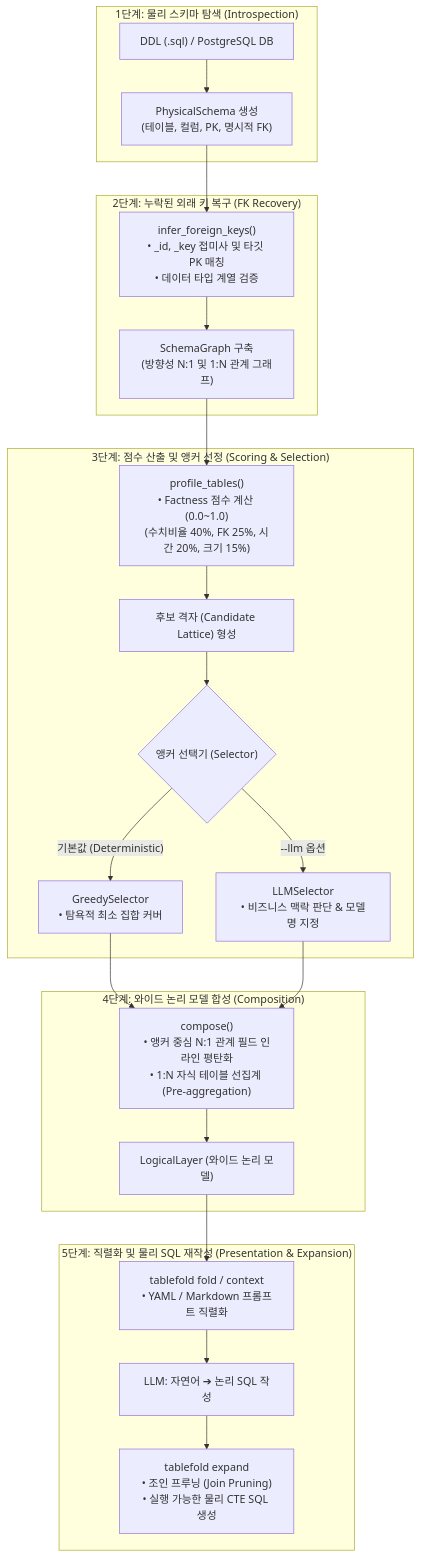
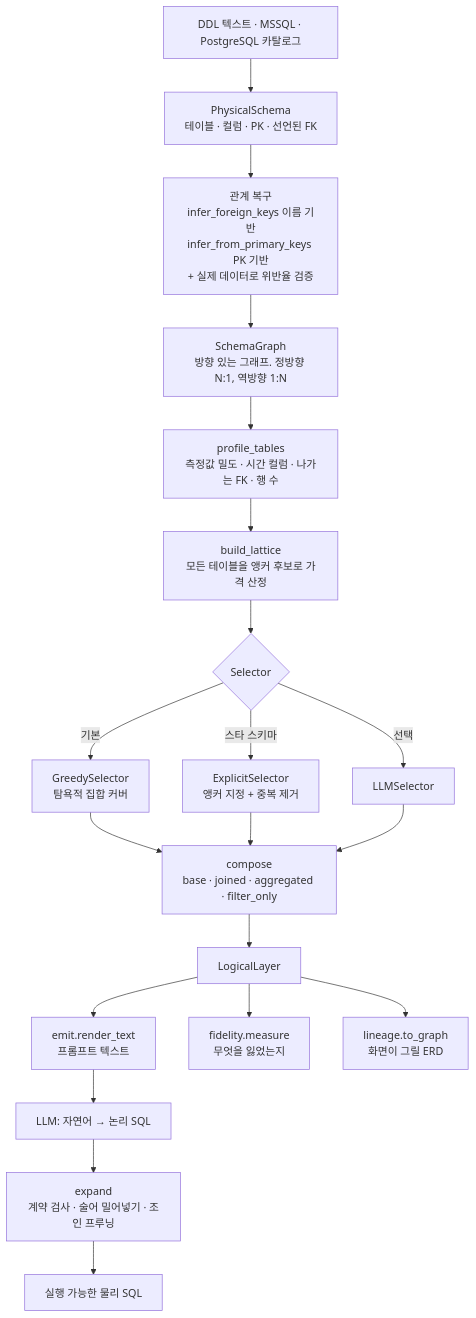
The diagram in docs/pipeline_architecture.md (Jacob-9909/tablefold), drawn with Mermaid before and after one commit. The commit also changed other lines of this file and 2 other files, not shown here.

First line of the commit message:
docs: rewrite the architecture guide from measured behaviour

````diff
--- a/docs/pipeline_architecture.md
+++ b/docs/pipeline_architecture.md
@@ -77,31 +65,22 @@
 ```mermaid
 flowchart TD
-    subgraph S1["1단계: 물리 스키마 탐색 (Introspection)"]
-        Input["DDL (.sql) / PostgreSQL DB"] --> PhysicalSchema["PhysicalSchema 생성<br/>(테이블, 컬럼, PK, 명시적 FK)"]
-    end
-
-    subgraph S2["2단계: 누락된 외래 키 복구 (FK Recovery)"]
-        PhysicalSchema --> InferFK["infer_foreign_keys()<br/>• _id, _key 접미사 및 타깃 PK 매칭<br/>• 데이터 타입 계열 검증"]
-        InferFK --> SchemaGraph["SchemaGraph 구축<br/>(방향성 N:1 및 1:N 관계 그래프)"]
-    end
-
-    subgraph S3["3단계: 점수 산출 및 앵커 선정 (Scoring & Selection)"]
-        SchemaGraph --> Profile["profile_tables()<br/>• Factness 점수 계산 (0.0~1.0)<br/>(수치비율 40%, FK 25%, 시간 20%, 크기 15%)"]
-        Profile --> Lattice["후보 격자 (Candidate Lattice) 형성"]
-        Lattice --> AnchorSelect{"앵커 선택기 (Selector)"}
-        AnchorSelect -->|"기본값 (Deterministic)"| Greedy["GreedySelector<br/>• 탐욕적 최소 집합 커버"]
-        AnchorSelect -->|"--llm 옵션"| LLMSelect["LLMSelector<br/>• 비즈니스 맥락 판단 & 모델명 지정"]
-    end
-
-    subgraph S4["4단계: 와이드 논리 모델 합성 (Composition)"]
-        Greedy --> Compose["compose()<br/>• 앵커 중심 N:1 관계 필드 인라인 평탄화<br/>• 1:N 자식 테이블 선집계 (Pre-aggregation)"]
-        LLMSelect --> Compose
-        Compose --> LogicalLayer["LogicalLayer (와이드 논리 모델)"]
-    end
-
-    subgraph S5["5단계: 직렬화 및 물리 SQL 재작성 (Presentation & Expansion)"]
-        LogicalLayer --> Presentation["tablefold fold / context<br/>• YAML / Markdown 프롬프트 직렬화"]
-        Presentation --> LLM_SQL["LLM: 자연어 ➔ 논리 SQL 작성"]
-        LLM_SQL --> Expand["tablefold expand<br/>• 조인 프루닝 (Join Pruning)<br/>• 실행 가능한 물리 CTE SQL 생성"]
-    end
+    A["DDL 텍스트 · MSSQL · PostgreSQL 카탈로그"] --> B["PhysicalSchema<br/>테이블 · 컬럼 · PK · 선언된 FK"]
+    B --> C["관계 복구<br/>infer_foreign_keys 이름 기반<br/>infer_from_primary_keys PK 기반<br/>+ 실제 데이터로 위반율 검증"]
+    C --> D["SchemaGraph<br/>방향 있는 그래프. 정방향 N:1, 역방향 1:N"]
+    D --> E["profile_tables<br/>측정값 밀도 · 시간 컬럼 · 나가는 FK · 행 수"]
+    E --> F["build_lattice<br/>모든 테이블을 앵커 후보로 가격 산정"]
+    F --> G{"Selector"}
+    G -->|기본| H["GreedySelector<br/>탐욕적 집합 커버"]
+    G -->|스타 스키마| I["ExplicitSelector<br/>앵커 지정 + 중복 제거"]
+    G -->|선택| J["LLMSelector"]
+    H --> K["compose<br/>base · joined · aggregated · filter_only"]
+    I --> K
+    J --> K
+    K --> L["LogicalLayer"]
+    L --> M["emit.render_text<br/>프롬프트 텍스트"]
+    L --> N["fidelity.measure<br/>무엇을 잃었는지"]
+    L --> O["lineage.to_graph<br/>화면이 그릴 ERD"]
+    M --> P["LLM: 자연어 → 논리 SQL"]
+    P --> Q["expand<br/>계약 검사 · 술어 밀어넣기 · 조인 프루닝"]
+    Q --> R["실행 가능한 물리 SQL"]
 ```
````
